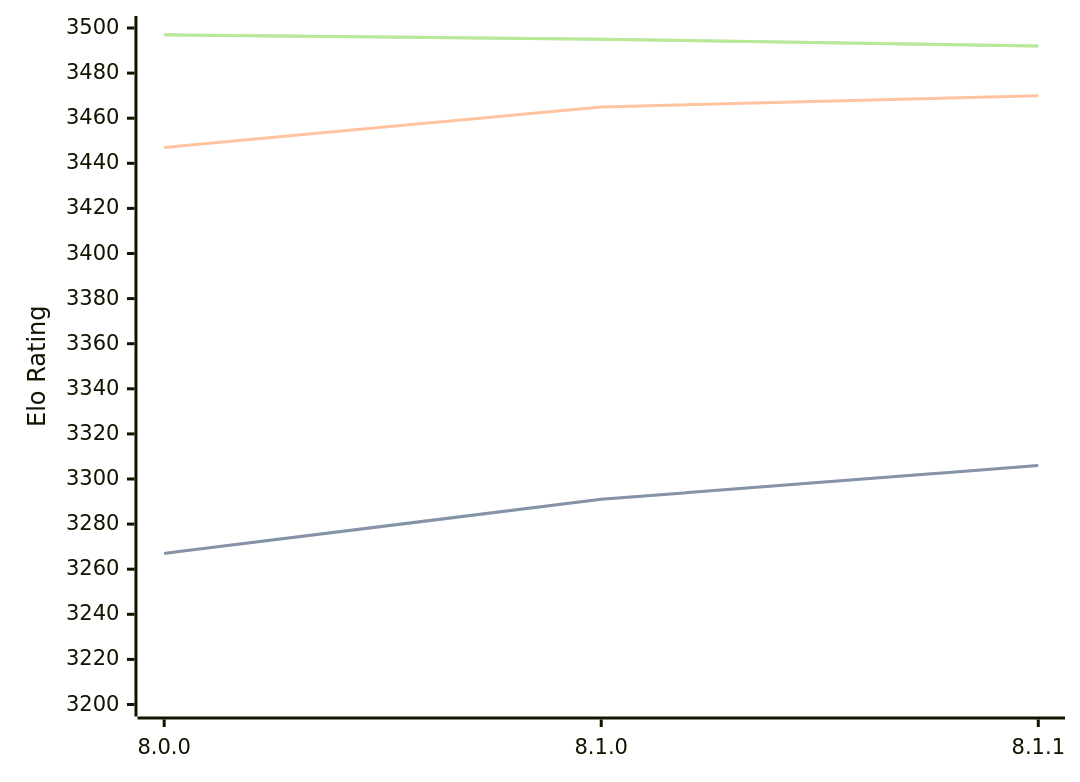
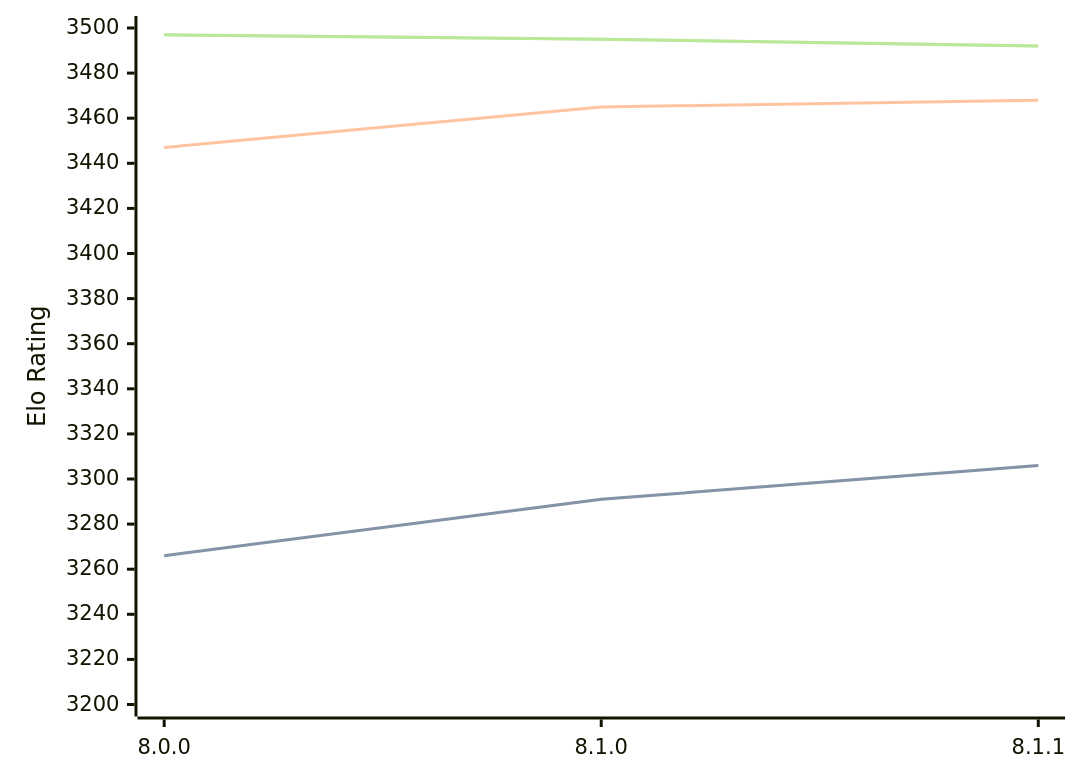
Before and after one commit to computer-chess-index/cci: the diagram in engines/Velvet.md, drawn with Mermaid. The commit also changed other lines of this file, not shown here.

````diff
--- a/engines/Velvet.md
+++ b/engines/Velvet.md
@@ -55,11 +57,11 @@
 ```mermaid
 %%{init: {"theme":"base","themeVariables":{"seriesColors:['#a3a3a3','#222221','#faa371']}}}%%
 xychart-beta
   x-axis ["8.0.0", "8.1.0", "8.1.1"]
   y-axis "Elo Rating" 3200 --> 3500
-  line "STC (8.0+0.08s)" [3267, 3291, 3306]
-  line "STC (8.0+0.08s)" [3267, 3291, 3306]
-  line "LTC (60.0+0.60s)" [3447, 3465, 3470]
+  line "STC (8.0+0.08s)" [3266, 3291, 3306]
+  line "STC (8.0+0.08s)" [3266, 3291, 3306]
+  line "LTC (60.0+0.60s)" [3447, 3465, 3468]
   line "VLTC (2m24s+1.12s)" [3497, 3495, 3492]
   line "VLTC (2m24s+1.12s)" [3497, 3495, 3492]
 ```
````
